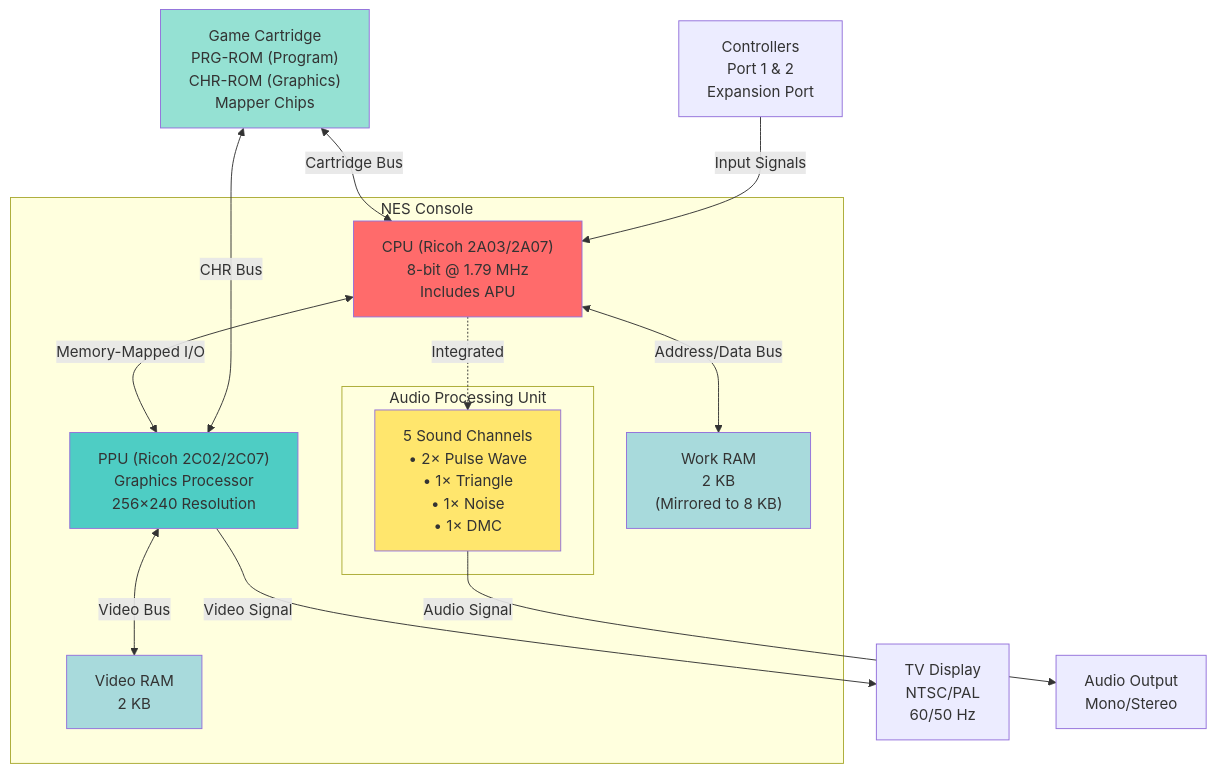
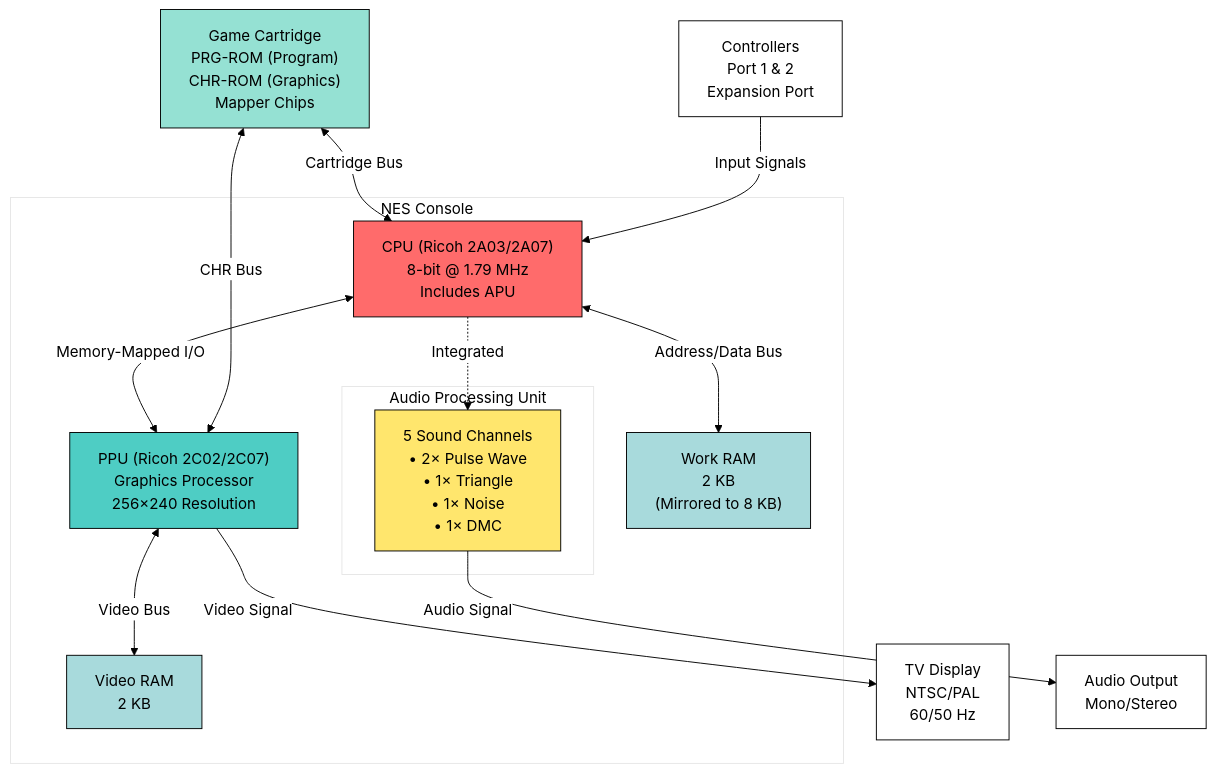
Before and after one commit to dreamldx/dreamldx.github.io: the diagram in _posts/2025-10-21-nes-console-introduction.md, drawn with Mermaid.

Commit message:
Update NES architecture diagram with white background
- Added Mermaid theme initialization for white background
- Added black borders and text to all components for better contrast
- Set explicit white fills for peripheral components
- Improved overall diagram visibility on white backgrounds

Generated with [Claude Code](https://claude.com/claude-code)

````diff
--- a/_posts/2025-10-21-nes-console-introduction.md
+++ b/_posts/2025-10-21-nes-console-introduction.md
@@ -36,36 +36,40 @@
 ```mermaid
+%%{init: {'theme':'base', 'themeVariables': { 'primaryColor':'#fff','primaryTextColor':'#000','primaryBorderColor':'#000','lineColor':'#000','secondaryColor':'#fff','tertiaryColor':'#fff','background':'#fff','mainBkg':'#fff','secondBkg':'#fff'}}}%%
 graph TB
     subgraph "NES Console"
         CPU["CPU (Ricoh 2A03/2A07)<br/>8-bit @ 1.79 MHz<br/>Includes APU"]
         PPU["PPU (Ricoh 2C02/2C07)<br/>Graphics Processor<br/>256×240 Resolution"]
         WRAM["Work RAM<br/>2 KB<br/>(Mirrored to 8 KB)"]
         VRAM["Video RAM<br/>2 KB"]
 
         subgraph "Audio Processing Unit"
             APU["5 Sound Channels<br/>• 2× Pulse Wave<br/>• 1× Triangle<br/>• 1× Noise<br/>• 1× DMC"]
         end
 
         CPU <-->|Address/Data Bus| WRAM
         CPU <-->|Memory-Mapped I/O| PPU
         CPU -.->|Integrated| APU
         PPU <-->|Video Bus| VRAM
     end
 
     Cart["Game Cartridge<br/>PRG-ROM (Program)<br/>CHR-ROM (Graphics)<br/>Mapper Chips"]
     Controllers["Controllers<br/>Port 1 & 2<br/>Expansion Port"]
     TV["TV Display<br/>NTSC/PAL<br/>60/50 Hz"]
     Audio["Audio Output<br/>Mono/Stereo"]
 
     Cart <-->|Cartridge Bus| CPU
     Cart <-->|CHR Bus| PPU
     Controllers -->|Input Signals| CPU
     PPU -->|Video Signal| TV
     APU -->|Audio Signal| Audio
 
-    style CPU fill:#ff6b6b
-    style PPU fill:#4ecdc4
-    style APU fill:#ffe66d
-    style WRAM fill:#a8dadc
-    style VRAM fill:#a8dadc
-    style Cart fill:#95e1d3
+    style CPU fill:#ff6b6b,stroke:#000,color:#000
+    style PPU fill:#4ecdc4,stroke:#000,color:#000
+    style APU fill:#ffe66d,stroke:#000,color:#000
+    style WRAM fill:#a8dadc,stroke:#000,color:#000
+    style VRAM fill:#a8dadc,stroke:#000,color:#000
+    style Cart fill:#95e1d3,stroke:#000,color:#000
+    style Controllers fill:#fff,stroke:#000,color:#000
+    style TV fill:#fff,stroke:#000,color:#000
+    style Audio fill:#fff,stroke:#000,color:#000
 ```
````
